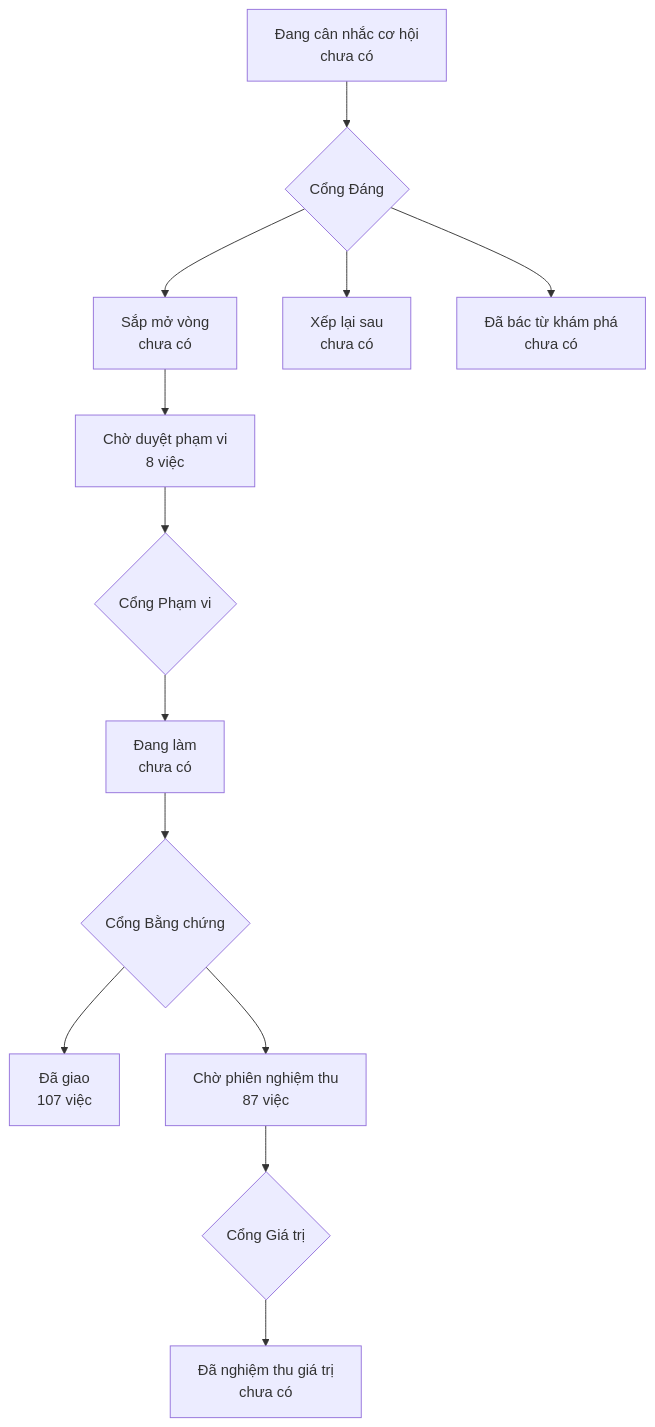
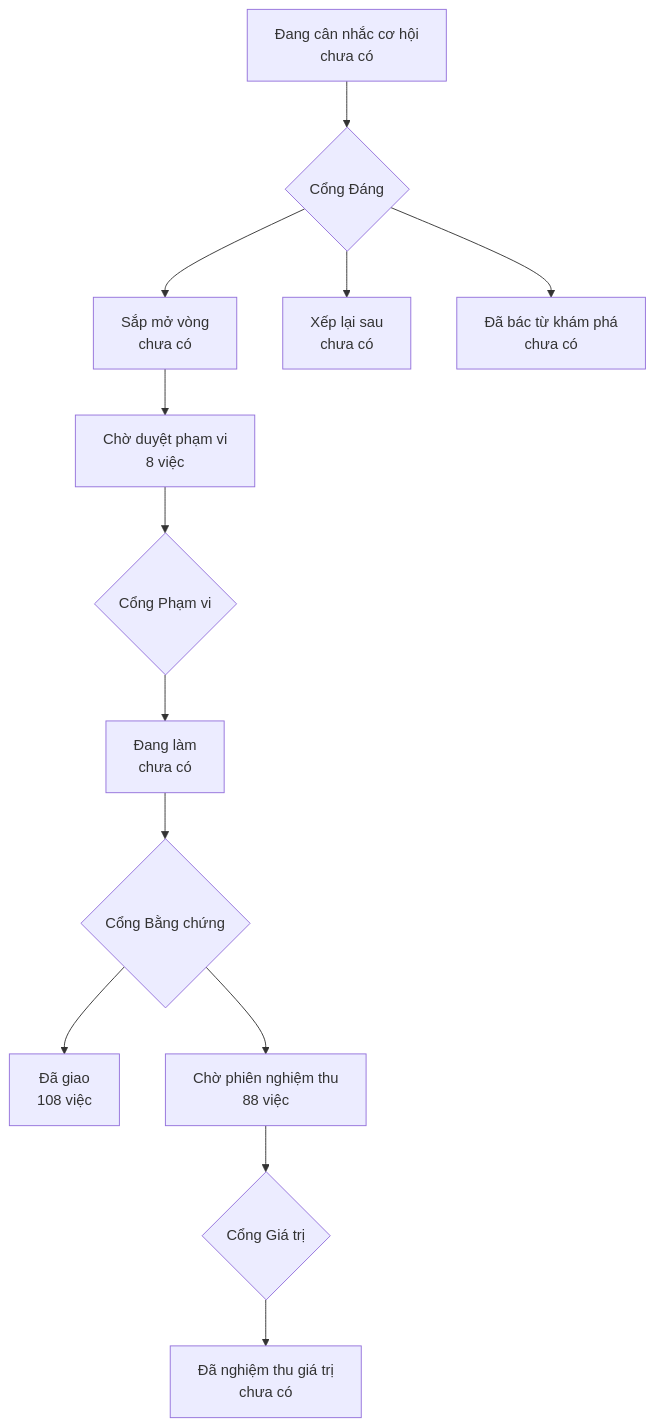
The diagram in PRODUCT-MAP.md (phanlemanh/onehub-invest), drawn with Mermaid before and after one commit. The commit also changed other lines of this file and 1 other file, not shown here.

Commit message:
chore(acceptance): vẽ lại bản đồ sau gộp main

````diff
--- a/PRODUCT-MAP.md
+++ b/PRODUCT-MAP.md
@@ -7,12 +7,12 @@
 ```mermaid
 flowchart TD
   A["Đang cân nhắc cơ hội<br/>chưa có"] --> GD{"Cổng Đáng"}
   GD --> B["Sắp mở vòng<br/>chưa có"]
   GD --> XL["Xếp lại sau<br/>chưa có"]
   GD --> DB["Đã bác từ khám phá<br/>chưa có"]
   B --> CD["Chờ duyệt phạm vi<br/>8 việc"] --> GP{"Cổng Phạm vi"}
   GP --> DL["Đang làm<br/>chưa có"] --> GB{"Cổng Bằng chứng"}
-  GB --> DG["Đã giao<br/>107 việc"]
-  GB --> CN["Chờ phiên nghiệm thu<br/>87 việc"] --> GG{"Cổng Giá trị"}
+  GB --> DG["Đã giao<br/>108 việc"]
+  GB --> CN["Chờ phiên nghiệm thu<br/>88 việc"] --> GG{"Cổng Giá trị"}
   GG --> NT["Đã nghiệm thu giá trị<br/>chưa có"]
 ```
````
